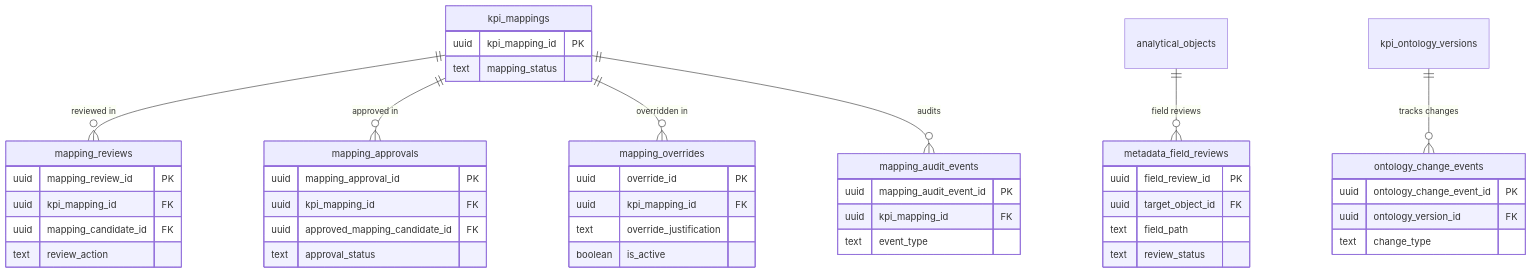
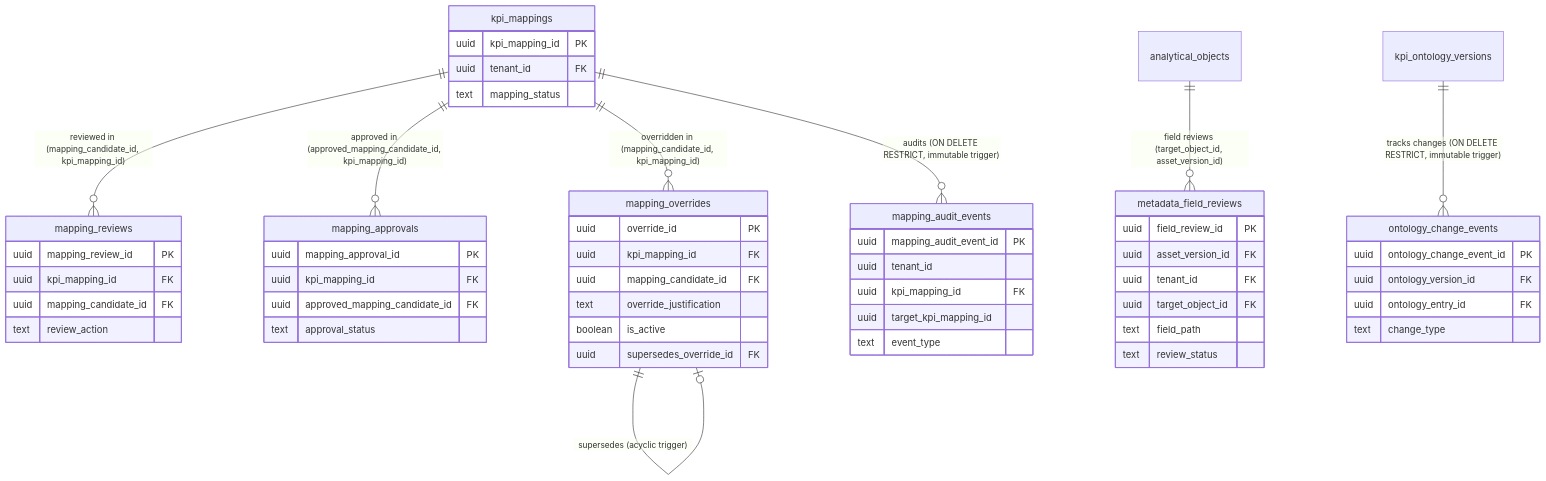
The eighth of 9 diagrams in docs/kpi-intelligence-canonical-model/er_diagram.md (suryanandanbabbar/KPI-Intelligence), drawn with Mermaid before and after one commit. The commit also changed other lines of this file and 14 other files, not shown here.

Commit message:
feat(canonical-model): harden data model, tenant isolation, and KPI Bank integration

````diff
--- a/docs/kpi-intelligence-canonical-model/er_diagram.md
+++ b/docs/kpi-intelligence-canonical-model/er_diagram.md
@@ -541,48 +555,57 @@
 ```mermaid
 erDiagram
     kpi_mappings {
         uuid kpi_mapping_id PK
+        uuid tenant_id FK
         text mapping_status
     }
     mapping_reviews {
         uuid mapping_review_id PK
         uuid kpi_mapping_id FK
         uuid mapping_candidate_id FK
         text review_action
     }
     mapping_approvals {
         uuid mapping_approval_id PK
         uuid kpi_mapping_id FK
         uuid approved_mapping_candidate_id FK
         text approval_status
     }
     mapping_overrides {
         uuid override_id PK
         uuid kpi_mapping_id FK
+        uuid mapping_candidate_id FK
         text override_justification
         boolean is_active
+        uuid supersedes_override_id FK
     }
     metadata_field_reviews {
         uuid field_review_id PK
+        uuid asset_version_id FK
+        uuid tenant_id FK
         uuid target_object_id FK
         text field_path
         text review_status
     }
     mapping_audit_events {
         uuid mapping_audit_event_id PK
+        uuid tenant_id
         uuid kpi_mapping_id FK
+        uuid target_kpi_mapping_id
         text event_type
     }
     ontology_change_events {
         uuid ontology_change_event_id PK
         uuid ontology_version_id FK
+        uuid ontology_entry_id FK
         text change_type
     }
 
-    kpi_mappings ||--o{ mapping_reviews : "reviewed in"
-    kpi_mappings ||--o{ mapping_approvals : "approved in"
-    kpi_mappings ||--o{ mapping_overrides : "overridden in"
-    analytical_objects ||--o{ metadata_field_reviews : "field reviews"
-    kpi_mappings ||--o{ mapping_audit_events : "audits"
-    kpi_ontology_versions ||--o{ ontology_change_events : "tracks changes"
+    kpi_mappings ||--o{ mapping_reviews : "reviewed in (mapping_candidate_id, kpi_mapping_id)"
+    kpi_mappings ||--o{ mapping_approvals : "approved in (approved_mapping_candidate_id, kpi_mapping_id)"
+    kpi_mappings ||--o{ mapping_overrides : "overridden in (mapping_candidate_id, kpi_mapping_id)"
+    mapping_overrides ||--o| mapping_overrides : "supersedes (acyclic trigger)"
+    analytical_objects ||--o{ metadata_field_reviews : "field reviews (target_object_id, asset_version_id)"
+    kpi_mappings ||--o{ mapping_audit_events : "audits (ON DELETE RESTRICT, immutable trigger)"
+    kpi_ontology_versions ||--o{ ontology_change_events : "tracks changes (ON DELETE RESTRICT, immutable trigger)"
 ```
````
